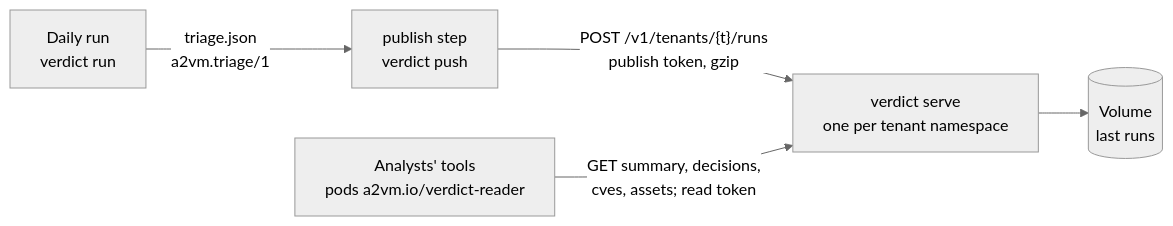
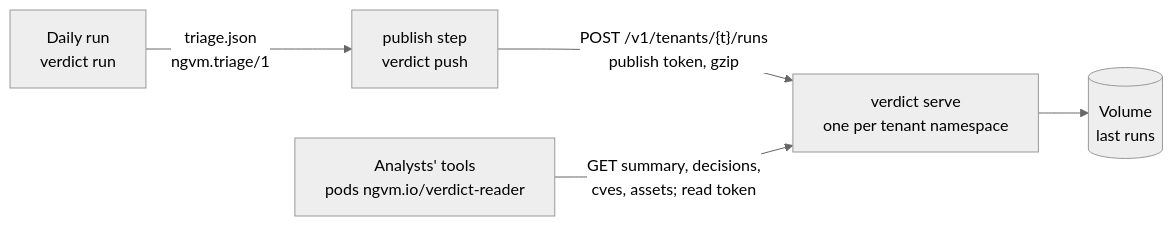
One commit to sylf74/a2vm changed the fifth of 5 diagrams in docs/lld/triage-prioritization.md. Above: the diagram before and after it, drawn with Mermaid (neutral theme). The commit also changed other lines of this file and 453 other files, not shown here.

````diff
--- a/docs/lld/triage-prioritization.md
+++ b/docs/lld/triage-prioritization.md
@@ -1053,7 +1053,7 @@
 ```mermaid
 flowchart LR
-  run["Daily run<br/>verdict run"] -- "triage.json<br/>a2vm.triage/1" --> push["publish step<br/>verdict push"]
+  run["Daily run<br/>verdict run"] -- "triage.json<br/>ngvm.triage/1" --> push["publish step<br/>verdict push"]
   push -- "POST /v1/tenants/{t}/runs<br/>publish token, gzip" --> svc["verdict serve<br/>one per tenant namespace"]
   svc --> vol[("Volume<br/>last runs")]
-  tools["Analysts' tools<br/>pods a2vm.io/verdict-reader"] -- "GET summary, decisions,<br/>cves, assets; read token" --> svc
+  tools["Analysts' tools<br/>pods ngvm.io/verdict-reader"] -- "GET summary, decisions,<br/>cves, assets; read token" --> svc
 ```
````
